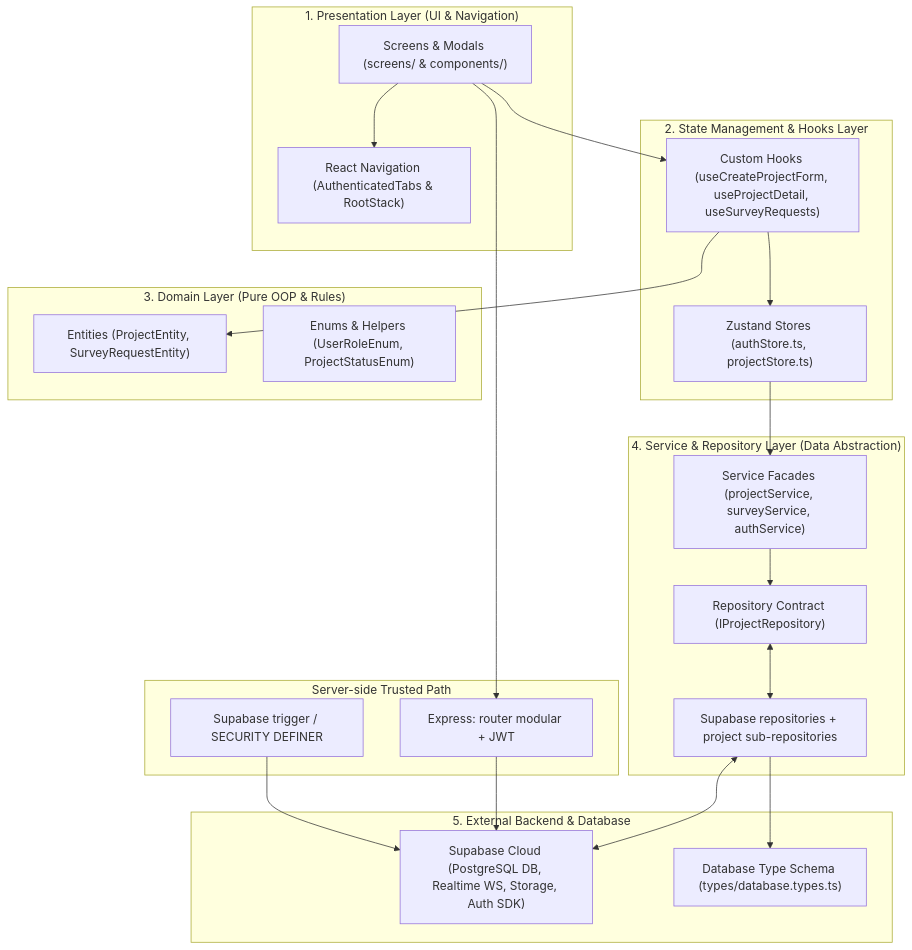
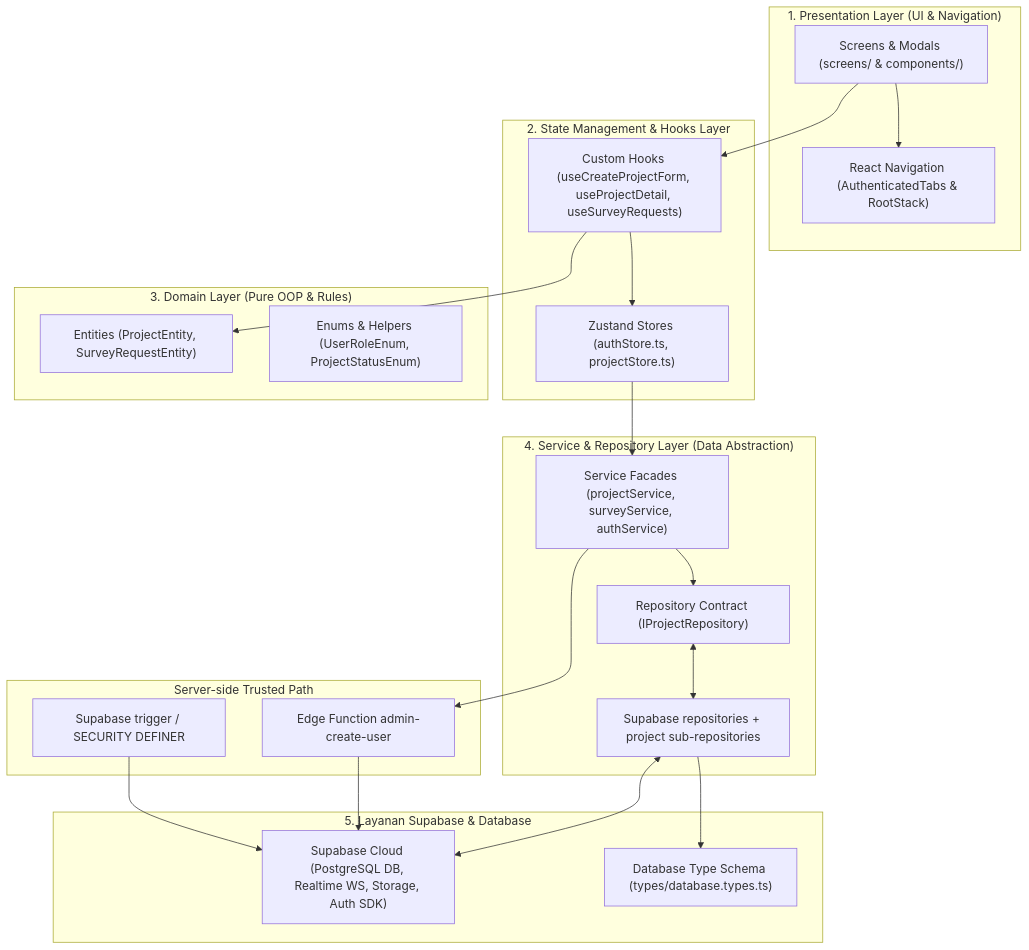
Before and after one commit to fajar-dev/gsi-one: the third of 3 diagrams in docs/03_Architecture_Design/Architecture_And_SDLC.md, drawn with Mermaid. The commit also changed other lines of this file and 213 other files, not shown here.

````diff
--- a/docs/03_Architecture_Design/Architecture_And_SDLC.md
+++ b/docs/03_Architecture_Design/Architecture_And_SDLC.md
@@ -107,46 +107,46 @@
 ```mermaid
 graph TB
     subgraph Presentation["1. Presentation Layer (UI & Navigation)"]
         UI["Screens & Modals (screens/ & components/)"]
         Nav["React Navigation (AuthenticatedTabs & RootStack)"]
     end
 
     subgraph StateAndHooks["2. State Management & Hooks Layer"]
         Store["Zustand Stores (authStore.ts, projectStore.ts)"]
         Hooks["Custom Hooks (useCreateProjectForm, useProjectDetail, useSurveyRequests)"]
     end
 
     subgraph Domain["3. Domain Layer (Pure OOP & Rules)"]
         Entity["Entities (ProjectEntity, SurveyRequestEntity)"]
         Enum["Enums & Helpers (UserRoleEnum, ProjectStatusEnum)"]
     end
 
     subgraph ServiceAndRepo["4. Service & Repository Layer (Data Abstraction)"]
         Facade["Service Facades (projectService, surveyService, authService)"]
         RepoContract["Repository Contract (IProjectRepository)"]
         RepoImpl["Supabase repositories + project sub-repositories"]
     end
 
     subgraph TrustedServer["Server-side Trusted Path"]
-        Express["Express: router modular + JWT"]
+        AdminFunction["Edge Function admin-create-user"]
         Triggers["Supabase trigger / SECURITY DEFINER"]
     end
 
-    subgraph External["5. External Backend & Database"]
+    subgraph External["5. Layanan Supabase & Database"]
         Supabase["Supabase Cloud (PostgreSQL DB, Realtime WS, Storage, Auth SDK)"]
         TypeSchema["Database Type Schema (types/database.types.ts)"]
     end
 
     UI --> Nav
     UI --> Hooks
     Hooks --> Store
     Hooks --> Entity
     Store --> Facade
     Facade --> RepoContract
     RepoContract <--> RepoImpl
     RepoImpl --> TypeSchema
     RepoImpl <--> Supabase
-    UI --> Express
-    Express --> Supabase
+    Facade --> AdminFunction
+    AdminFunction --> Supabase
     Triggers --> Supabase
 ```
````
